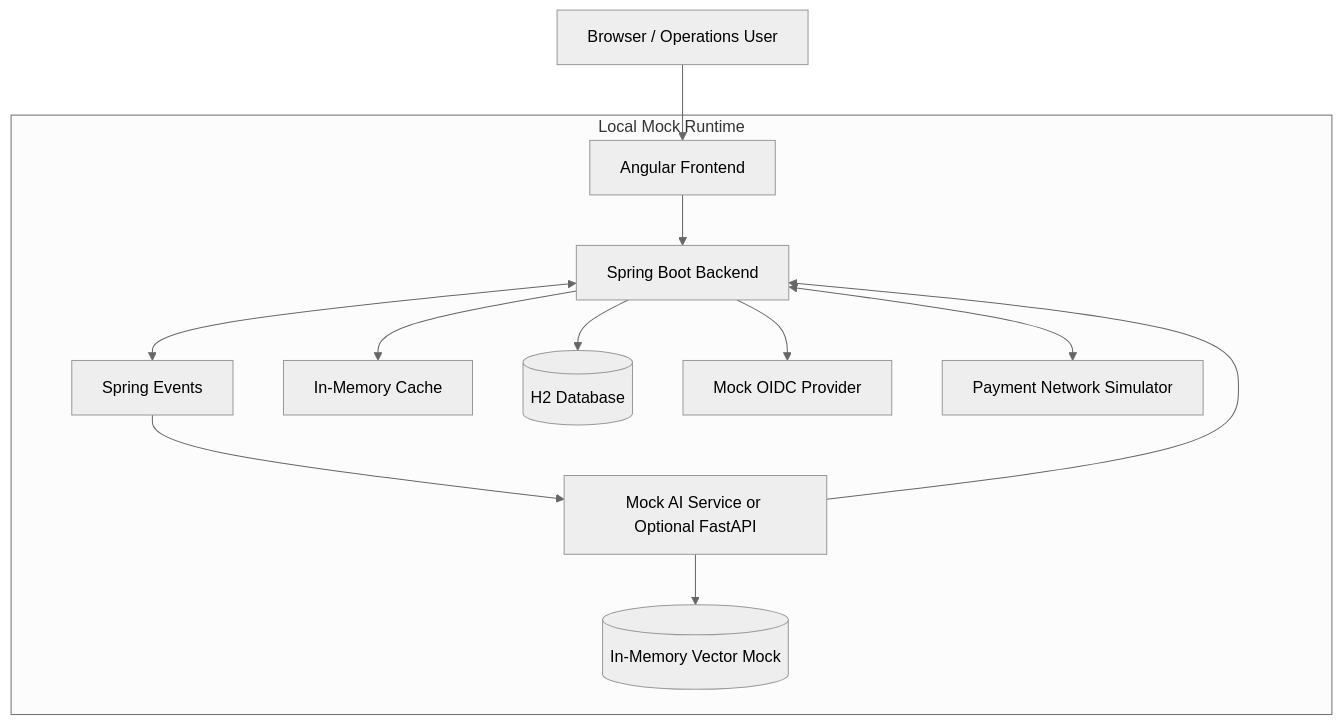
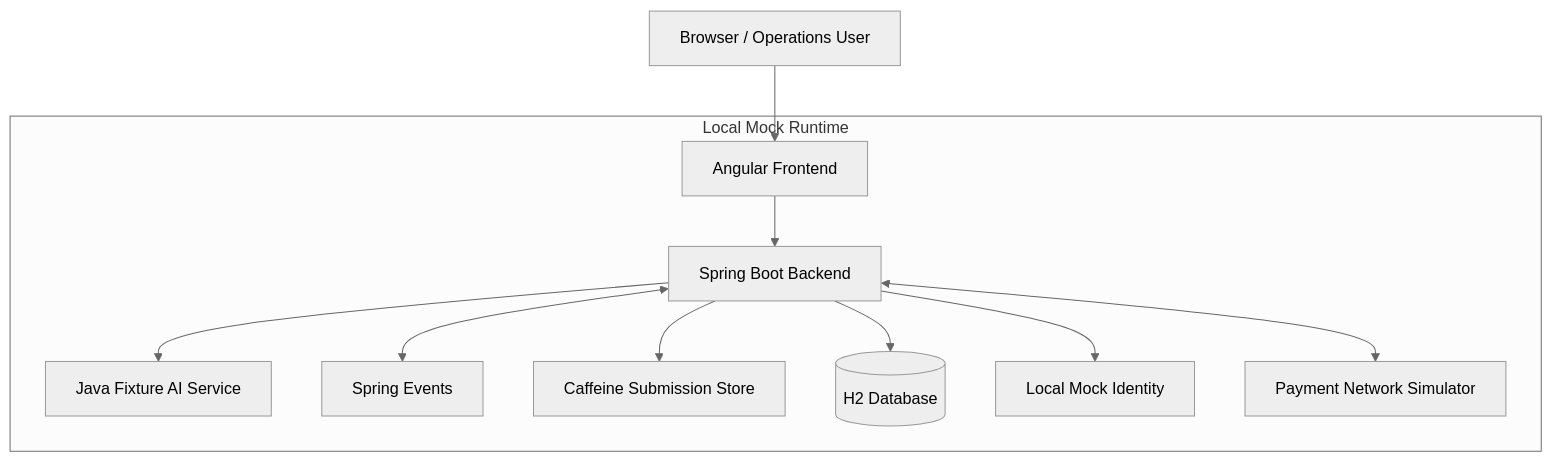
The eighth of 8 diagrams in docs/ARC42.md (pauluswi/arus-ai), drawn with Mermaid (neutral theme) before and after one commit. The commit also changed other lines of this file and 2 other files, not shown here.

````diff
--- a/docs/ARC42.md
+++ b/docs/ARC42.md
@@ -732,27 +735,24 @@
 ```mermaid
 flowchart TB
     USER[Browser / Operations User]
 
     subgraph LOCAL[Local Mock Runtime]
         WEB[Angular Frontend]
         BACKEND[Spring Boot Backend]
-        AI[Mock AI Service or Optional FastAPI]
+        AI[Java Fixture AI Service]
         EVENTS[Spring Events]
-        CACHE[In-Memory Cache]
+        CACHE[Caffeine Submission Store]
         DB[(H2 Database)]
-        VECTOR[(In-Memory Vector Mock)]
-        AUTH[Mock OIDC Provider]
+        AUTH[Local Mock Identity]
         NETWORK[Payment Network Simulator]
     end
 
     USER --> WEB
     WEB --> BACKEND
     BACKEND --> AUTH
     BACKEND --> DB
     BACKEND --> CACHE
     BACKEND <--> EVENTS
     BACKEND <--> NETWORK
-    EVENTS --> AI
-    AI --> VECTOR
-    AI --> BACKEND
+    BACKEND --> AI
 ```
````
